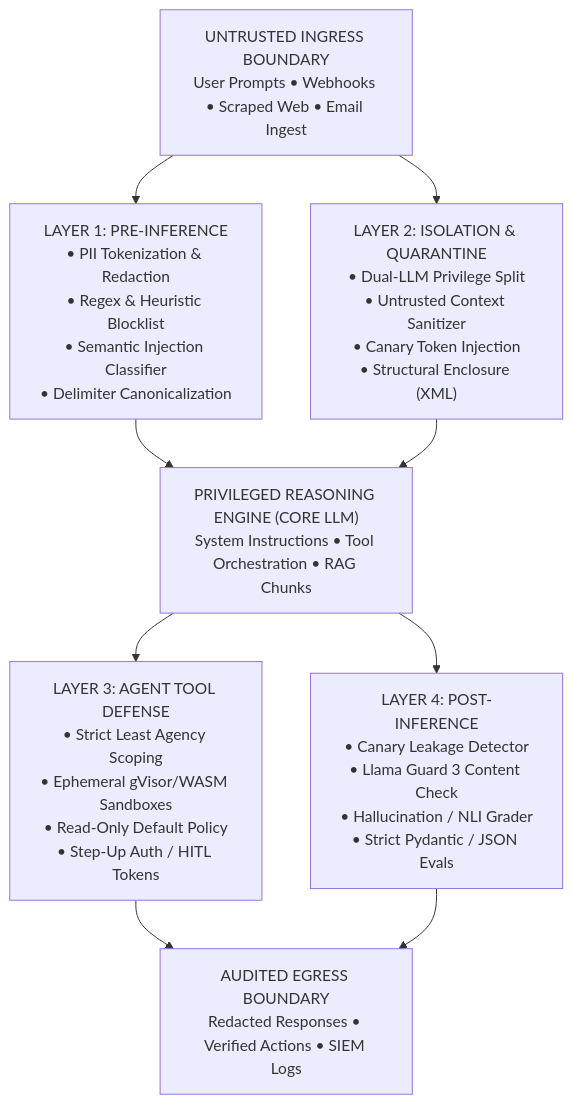
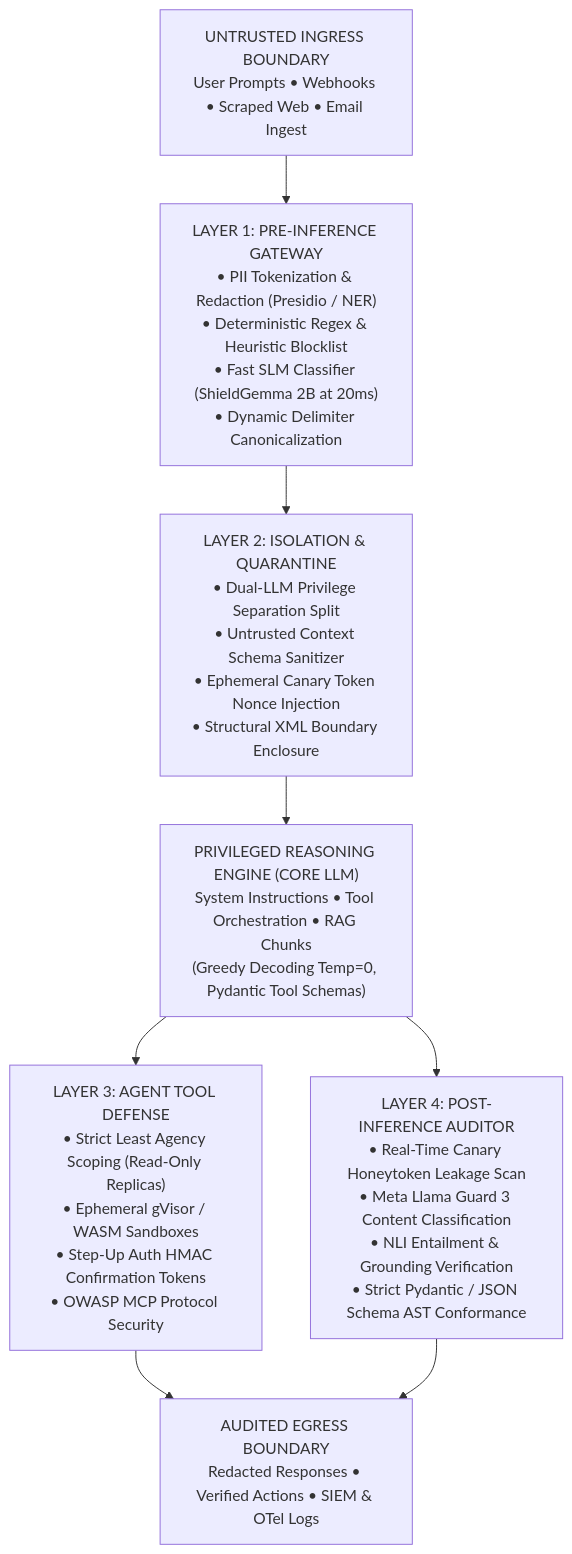
Before and after one commit to dip4k/senior-engineer-to-ai-engineer-roadmap: the first of 2 diagrams in 05-ai-security-and-guardrails/README.md, drawn with Mermaid. The commit also changed other lines of this file and 13 other files, not shown here.

Commit message:
refactor(phase-05): modularize curriculum into 7 lessons, fix diagrams, and modernize 2026 security standards

````diff
--- a/05-ai-security-and-guardrails/README.md
+++ b/05-ai-security-and-guardrails/README.md
@@ -18,16 +7,16 @@
 ```mermaid
 flowchart TD
-    Untrusted["UNTRUSTED INGRESS BOUNDARY\nUser Prompts • Webhooks • Scraped Web • Email Ingest"]
+    Untrusted["UNTRUSTED INGRESS BOUNDARY<br/>User Prompts • Webhooks • Scraped Web • Email Ingest"]
     
-    Untrusted --> L1["LAYER 1: PRE-INFERENCE\n• PII Tokenization & Redaction\n• Regex & Heuristic Blocklist\n• Semantic Injection Classifier\n• Delimiter Canonicalization"]
-    Untrusted --> L2["LAYER 2: ISOLATION & QUARANTINE\n• Dual-LLM Privilege Split\n• Untrusted Context Sanitizer\n• Canary Token Injection\n• Structural Enclosure (XML)"]
+    Untrusted --> L1["LAYER 1: PRE-INFERENCE GATEWAY<br/>• PII Tokenization & Redaction (Presidio / NER)<br/>• Deterministic Regex & Heuristic Blocklist<br/>• Fast SLM Classifier (ShieldGemma 2B at 20ms)<br/>• Dynamic Delimiter Canonicalization"]
     
-    L1 --> Core["PRIVILEGED REASONING ENGINE (CORE LLM)\nSystem Instructions • Tool Orchestration • RAG Chunks"]
-    L2 --> Core
+    L1 --> L2["LAYER 2: ISOLATION & QUARANTINE<br/>• Dual-LLM Privilege Separation Split<br/>• Untrusted Context Schema Sanitizer<br/>• Ephemeral Canary Token Nonce Injection<br/>• Structural XML Boundary Enclosure"]
     
-    Core --> L3["LAYER 3: AGENT TOOL DEFENSE\n• Strict Least Agency Scoping\n• Ephemeral gVisor/WASM Sandboxes\n• Read-Only Default Policy\n• Step-Up Auth / HITL Tokens"]
-    Core --> L4["LAYER 4: POST-INFERENCE\n• Canary Leakage Detector\n• Llama Guard 3 Content Check\n• Hallucination / NLI Grader\n• Strict Pydantic / JSON Evals"]
+    L2 --> Core["PRIVILEGED REASONING ENGINE (CORE LLM)<br/>System Instructions • Tool Orchestration • RAG Chunks<br/>(Greedy Decoding Temp=0, Pydantic Tool Schemas)"]
     
-    L3 --> Audited["AUDITED EGRESS BOUNDARY\nRedacted Responses • Verified Actions • SIEM Logs"]
+    Core --> L3["LAYER 3: AGENT TOOL DEFENSE<br/>• Strict Least Agency Scoping (Read-Only Replicas)<br/>• Ephemeral gVisor / WASM Sandboxes<br/>• Step-Up Auth HMAC Confirmation Tokens<br/>• OWASP MCP Protocol Security"]
+    Core --> L4["LAYER 4: POST-INFERENCE AUDITOR<br/>• Real-Time Canary Honeytoken Leakage Scan<br/>• Meta Llama Guard 3 Content Classification<br/>• NLI Entailment & Grounding Verification<br/>• Strict Pydantic / JSON Schema AST Conformance"]
+    
+    L3 --> Audited["AUDITED EGRESS BOUNDARY<br/>Redacted Responses • Verified Actions • SIEM & OTel Logs"]
     L4 --> Audited
 ```
````
